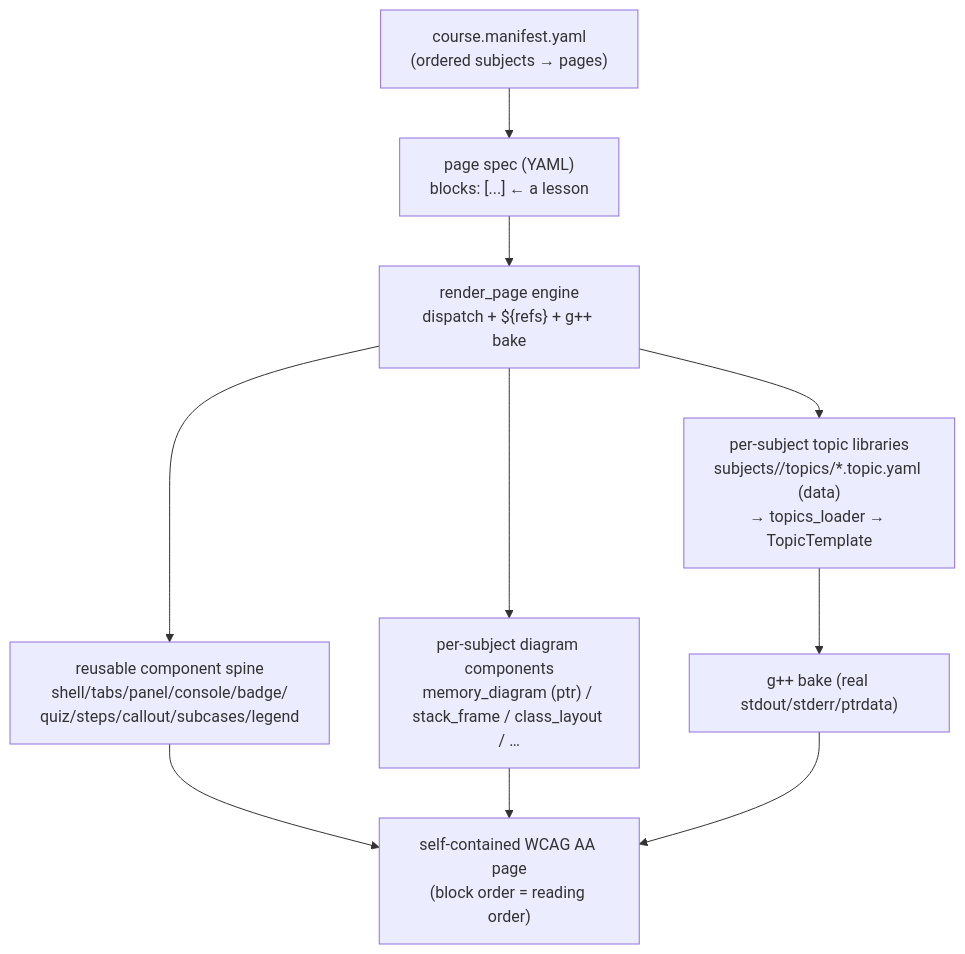
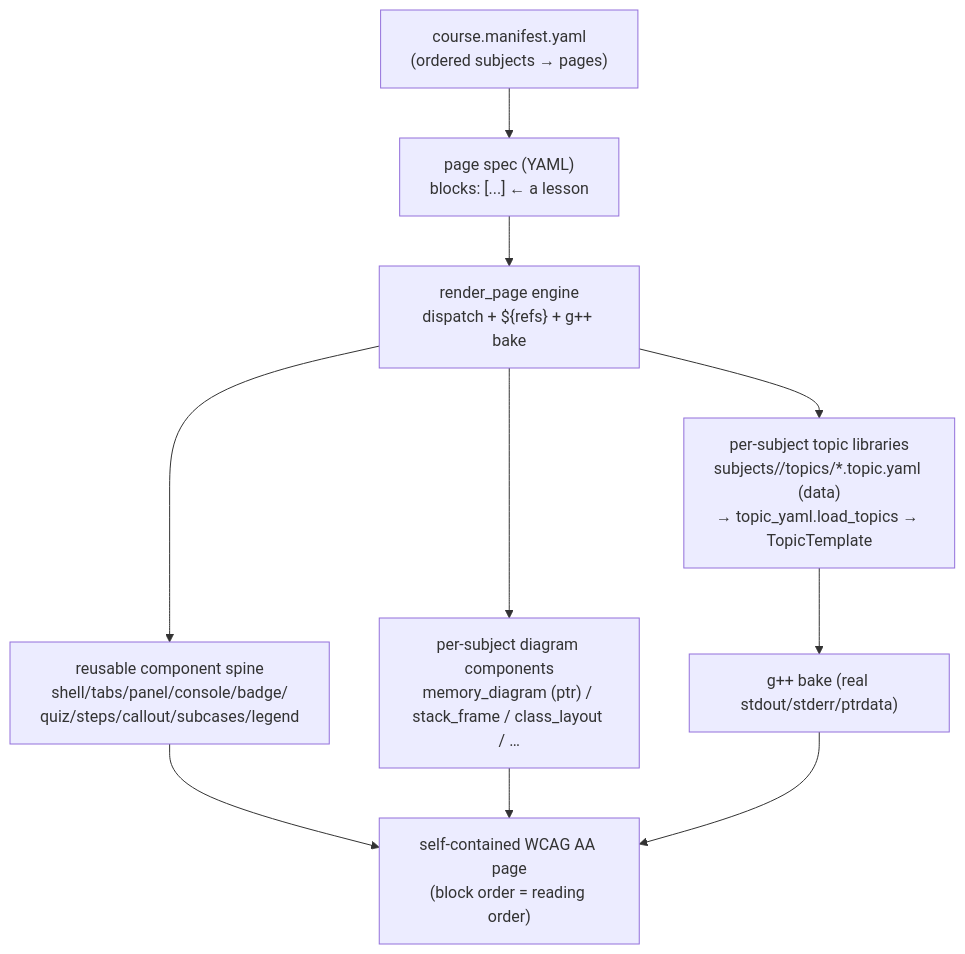
Before and after one commit to erlebach/C-interactive-labs: the diagram in COURSE_VIA_TOPICS.md, drawn with Mermaid. The commit also changed other lines of this file and 5 other files, not shown here.

First line of the commit message:
refactor(loader): promote topics loader to shared cpp_ptr_lab.topic_yaml

````diff
--- a/COURSE_VIA_TOPICS.md
+++ b/COURSE_VIA_TOPICS.md
@@ -51,12 +51,12 @@
 ```mermaid
 flowchart TD
   manifest["course.manifest.yaml\n(ordered subjects → pages)"] --> page["page spec (YAML)\nblocks: [...]  ← a lesson"]
   page --> engine["render_page engine\ndispatch + ${refs} + g++ bake"]
   engine --> spine["reusable component spine\nshell/tabs/panel/console/badge/\nquiz/steps/callout/subcases/legend"]
   engine --> diagrams["per-subject diagram components\nmemory_diagram (ptr) / stack_frame / class_layout / …"]
-  engine --> topics["per-subject topic libraries\nsubjects/<area>/topics/*.topic.yaml (data)\n→ topics_loader → TopicTemplate"]
+  engine --> topics["per-subject topic libraries\nsubjects/<area>/topics/*.topic.yaml (data)\n→ topic_yaml.load_topics → TopicTemplate"]
   topics --> bake["g++ bake (real stdout/stderr/ptrdata)"]
   spine --> html["self-contained WCAG AA page\n(block order = reading order)"]
   diagrams --> html
   bake --> html
 ```
````
